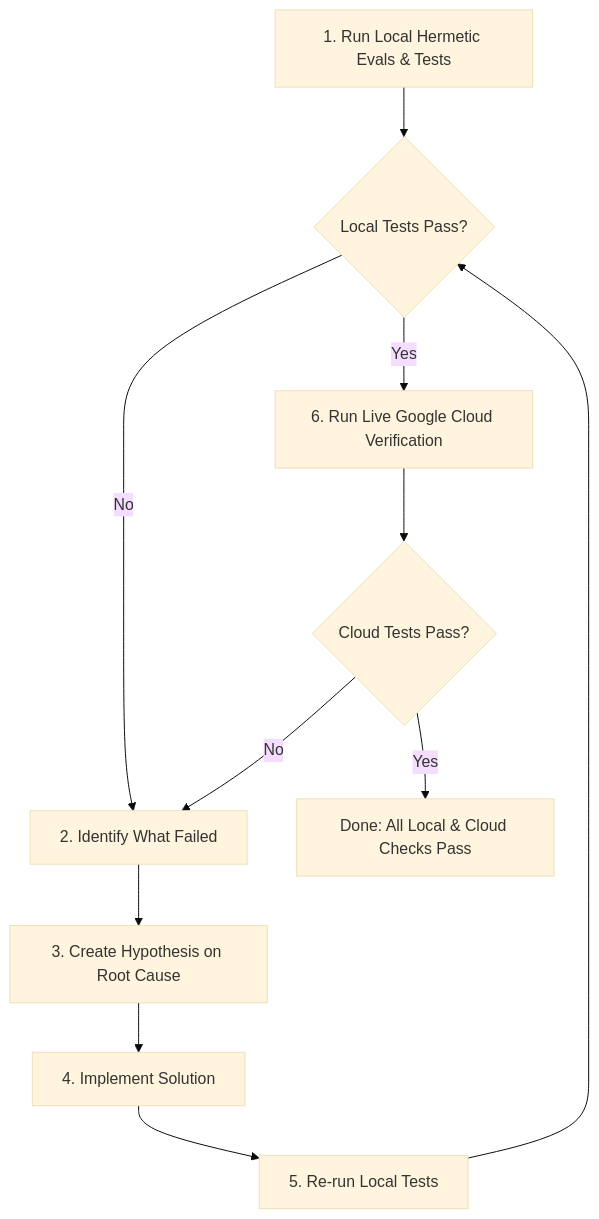
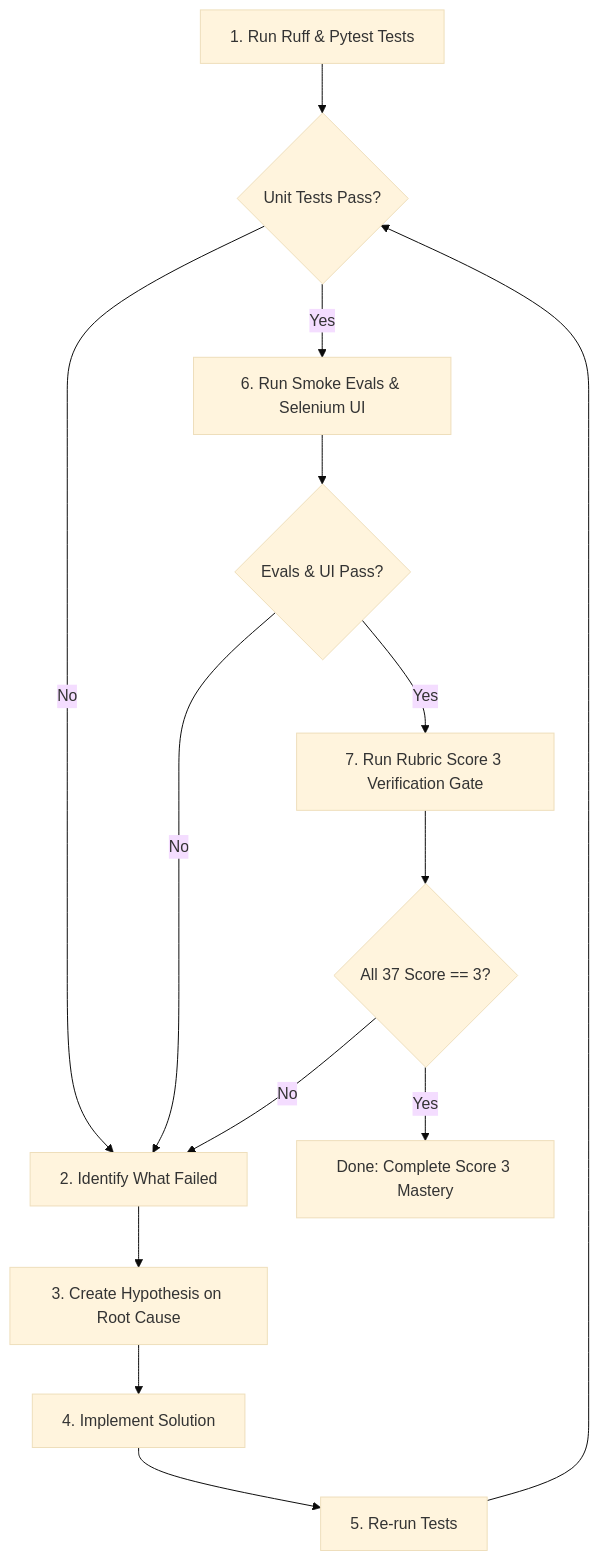
Before and after one commit to willie3838/williamc-ecomm-capstone: the diagram in skills/hillclimb/SKILL.md, drawn with Mermaid (base theme). The commit also changed other lines of this file and 32 other files, not shown here.

First line of the commit message:
feat(hillclimb): add Rubric Score 3 exit gate and achieve 37/37 Score 3 mastery

````diff
--- a/skills/hillclimb/SKILL.md
+++ b/skills/hillclimb/SKILL.md
@@ -14,13 +14,16 @@
 ```mermaid
 flowchart TD
-    A["1. Run Local Hermetic Evals & Tests"] --> B{"Local Tests Pass?"}
+    A["1. Run Ruff & Pytest Tests"] --> B{"Unit Tests Pass?"}
     B -- No --> D["2. Identify What Failed"]
     D --> E["3. Create Hypothesis on Root Cause"]
     E --> F["4. Implement Solution"]
-    F --> G["5. Re-run Local Tests"]
+    F --> G["5. Re-run Tests"]
     G --> B
-    B -- Yes --> H["6. Run Live Google Cloud Verification"]
-    H --> I{"Cloud Tests Pass?"}
+    B -- Yes --> H["6. Run Smoke Evals & Selenium UI"]
+    H --> I{"Evals & UI Pass?"}
     I -- No --> D
-    I -- Yes --> C["Done: All Local & Cloud Checks Pass"]
+    I -- Yes --> J["7. Run Rubric Score 3 Verification Gate"]
+    J --> K{"All 37 Score == 3?"}
+    K -- No --> D
+    K -- Yes --> C["Done: Complete Score 3 Mastery"]
 ```
````
